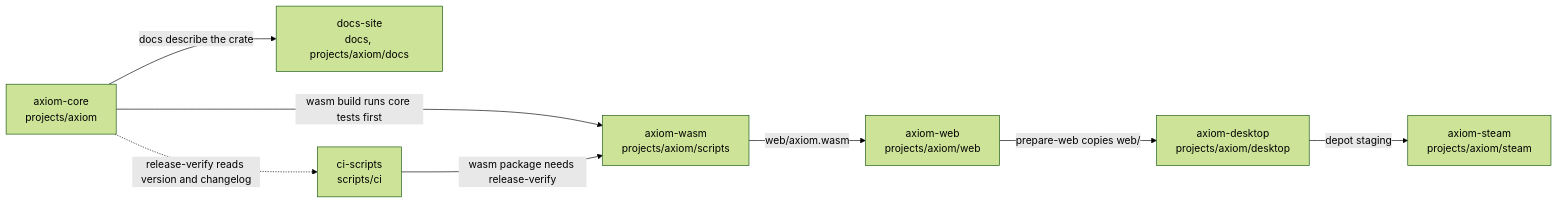
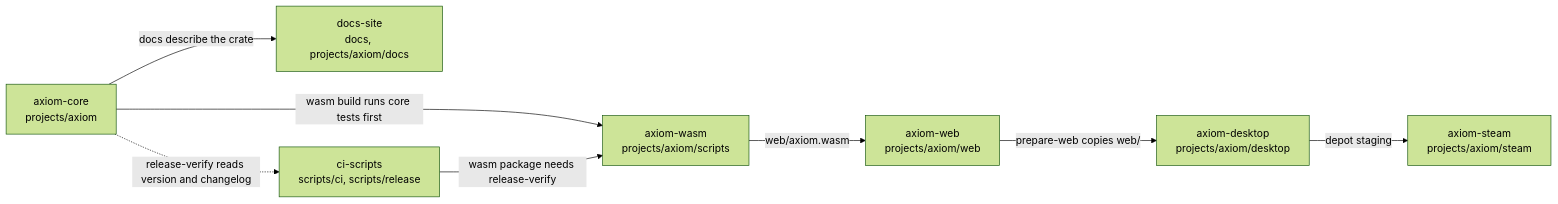
The first of 2 diagrams in docs/engineering/build-graph.md (olakra/squirrel), drawn with Mermaid (forest theme) before and after one commit. The commit also changed other lines of this file and 59 other files, not shown here.

````diff
--- a/docs/engineering/build-graph.md
+++ b/docs/engineering/build-graph.md
@@ -9,18 +9,18 @@
 ```mermaid
 flowchart LR
   core["axiom-core<br/>projects/axiom"]
   wasm["axiom-wasm<br/>projects/axiom/scripts"]
   web["axiom-web<br/>projects/axiom/web"]
   desk["axiom-desktop<br/>projects/axiom/desktop"]
   steam["axiom-steam<br/>projects/axiom/steam"]
   docs["docs-site<br/>docs, projects/axiom/docs"]
-  ci["ci-scripts<br/>scripts/ci"]
+  ci["ci-scripts<br/>scripts/ci, scripts/release"]
 
   core -->|"wasm build runs core tests first"| wasm
   wasm -->|"web/axiom.wasm"| web
   web -->|"prepare-web copies web/"| desk
   desk -->|"depot staging"| steam
   core -->|"docs describe the crate"| docs
   core -.->|"release-verify reads version and changelog"| ci
   ci -->|"wasm package needs release-verify"| wasm
 ```
````
